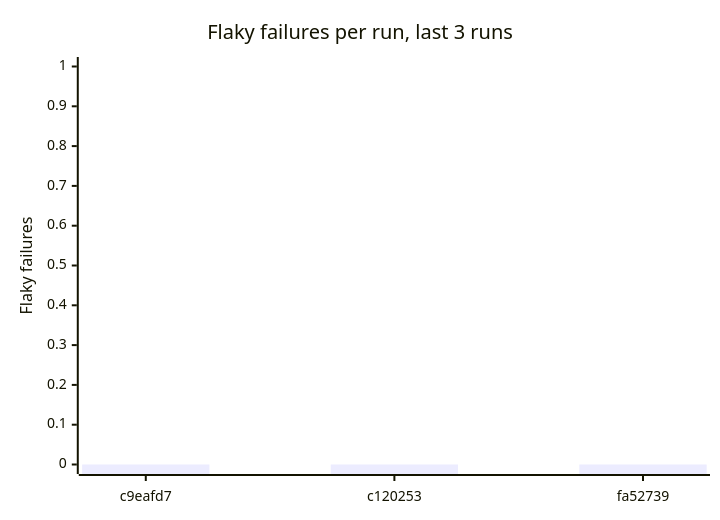
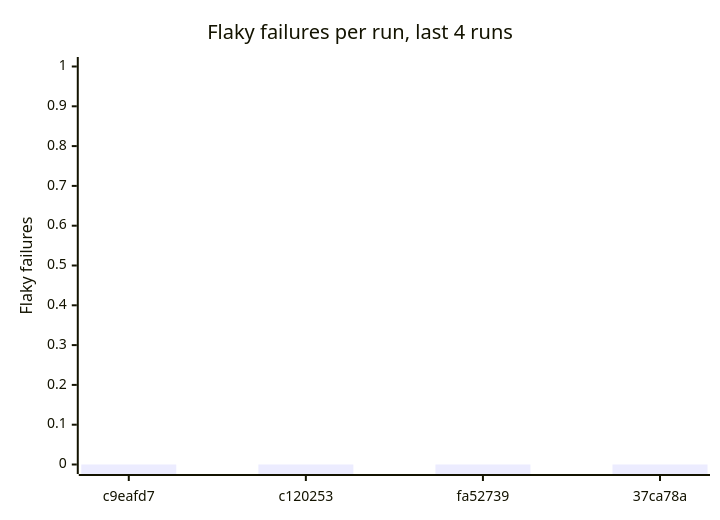
The second of 3 diagrams in reports/summary.md (Shirojoufu/Flaky-Tests), drawn with Mermaid before and after one commit. The commit also changed other lines of this file and 6 other files, not shown here.

````diff
--- a/reports/summary.md
+++ b/reports/summary.md
@@ -25,7 +25,7 @@
 ```mermaid
 xychart-beta
-    title "Flaky failures per run, last 3 runs"
-    x-axis ["c9eafd7", "c120253", "fa52739"]
+    title "Flaky failures per run, last 4 runs"
+    x-axis ["c9eafd7", "c120253", "fa52739", "37ca78a"]
     y-axis "Flaky failures" 0 --> 1
-    bar [0, 0, 0]
+    bar [0, 0, 0, 0]
 ```
````
